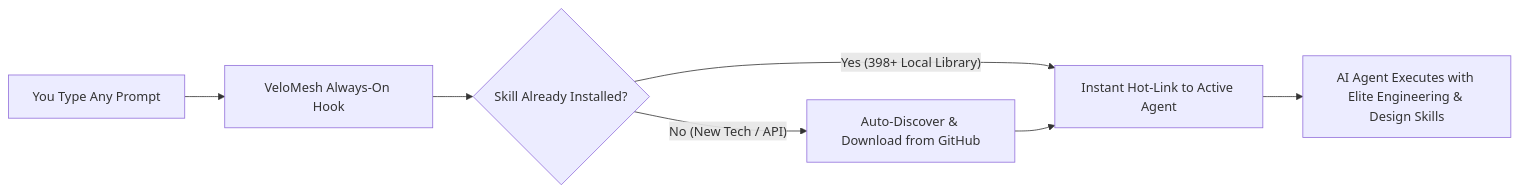
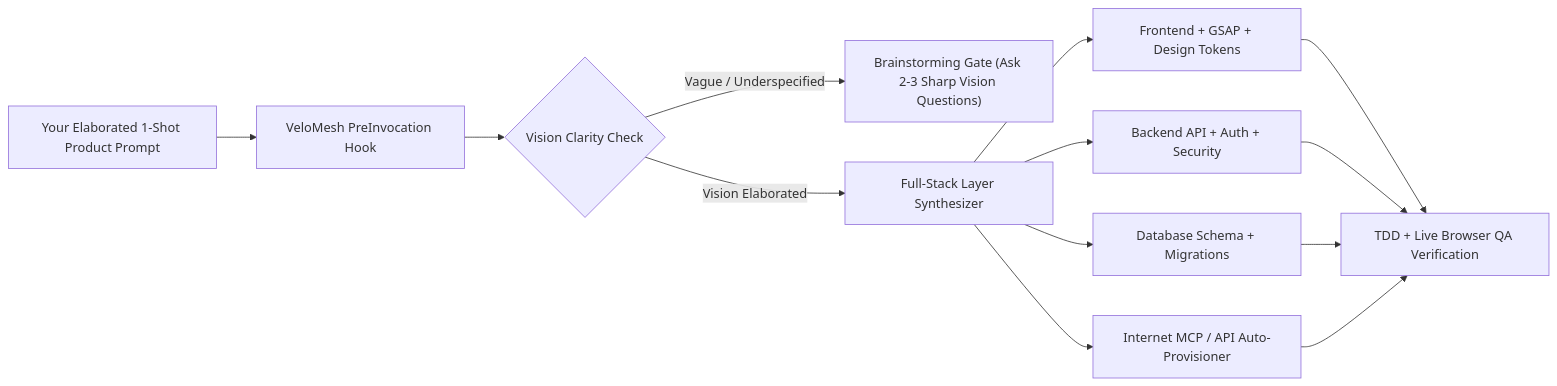
One commit to RitvikChunamari/velomesh changed the diagram in README.md. Above: the diagram before and after it, drawn with Mermaid. The commit also changed other lines of this file and 14 other files, not shown here.

Commit message:
feat(velomesh): upgrade full-stack 1-prompt orchestration, vision-clarity gate & Awwwards product website

````diff
--- a/README.md
+++ b/README.md
@@ -57,9 +78,12 @@
 ```mermaid
 flowchart LR
-    A["You Type Any Prompt"] --> B["VeloMesh Always-On Hook"]
-    B --> C{"Skill Already Installed?"}
-    C -- "Yes (398+ Local Library)" --> D["Instant Hot-Link to Active Agent"]
-    C -- "No (New Tech / API)" --> E["Auto-Discover & Download from GitHub"]
-    E --> D
-    D --> F["AI Agent Executes with Elite Engineering & Design Skills"]
+    A["Your Elaborated 1-Shot Product Prompt"] --> B["VeloMesh PreInvocation Hook"]
+    B --> C{"Vision Clarity Check"}
+    C -- "Vague / Underspecified" --> D["Brainstorming Gate (Ask 2-3 Sharp Vision Questions)"]
+    C -- "Vision Elaborated" --> E["Full-Stack Layer Synthesizer"]
+    E --> F["Frontend + GSAP + Design Tokens"]
+    E --> G["Backend API + Auth + Security"]
+    E --> H["Database Schema + Migrations"]
+    E --> I["Internet MCP / API Auto-Provisioner"]
+    F & G & H & I --> J["TDD + Live Browser QA Verification"]
 ```
````
